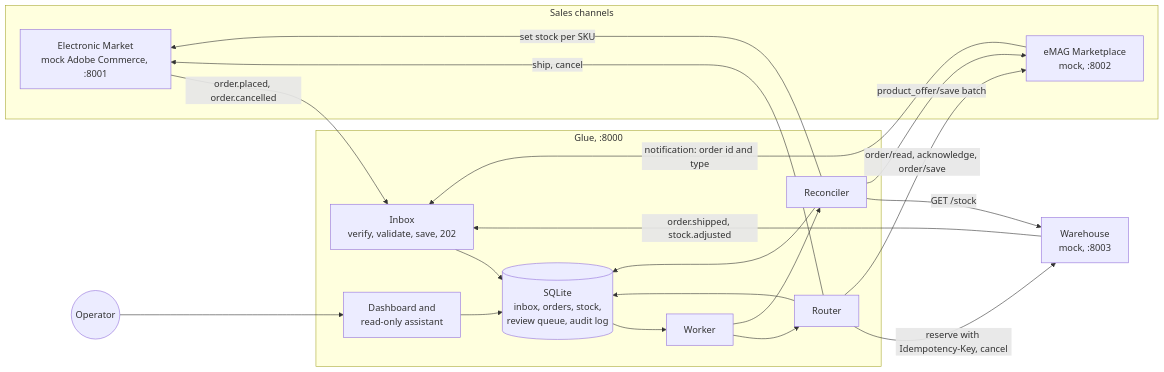
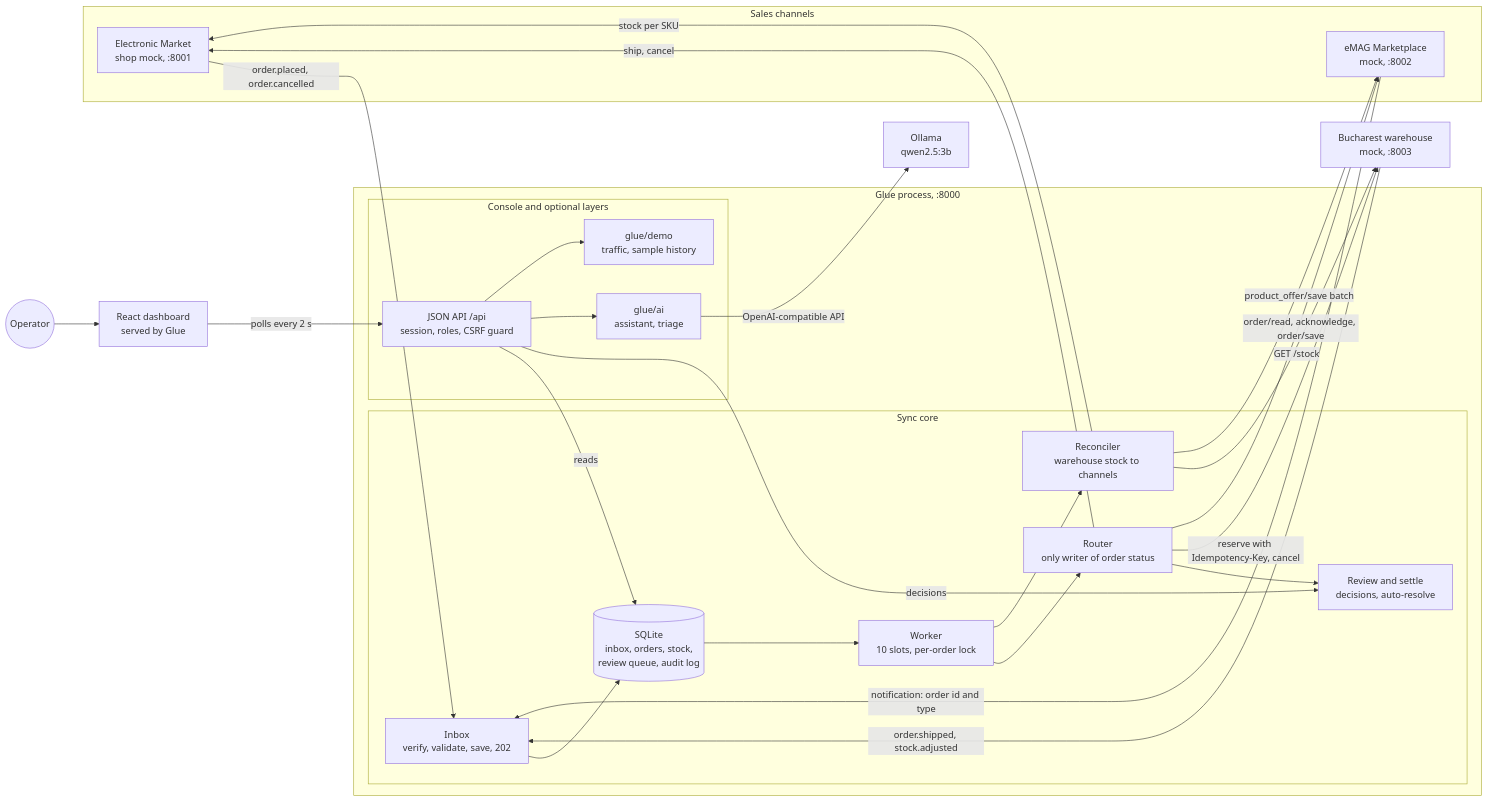
One commit to PantelimonGulie/adb-glue-service changed the first of 8 diagrams in docs/architecture.md. Above: the diagram before and after it, drawn with Mermaid. The commit also changed other lines of this file and 3 other files, not shown here.

Commit message:
Update docs for the React dashboard

````diff
--- a/docs/architecture.md
+++ b/docs/architecture.md
@@ -5,35 +5,48 @@
 ```mermaid
 flowchart LR
     subgraph channels[Sales channels]
-        shop["Electronic Market<br/>mock Adobe Commerce, :8001"]
+        shop["Electronic Market<br/>shop mock, :8001"]
         emag["eMAG Marketplace<br/>mock, :8002"]
     end
-    wh["Warehouse<br/>mock, :8003"]
-    subgraph glue["Glue, :8000"]
-        inbox["Inbox<br/>verify, validate, save, 202"]
-        db[("SQLite<br/>inbox, orders, stock,<br/>review queue, audit log")]
-        worker[Worker]
-        router[Router]
-        rec[Reconciler]
-        ui["Dashboard and<br/>read-only assistant"]
+    wh["Bucharest warehouse<br/>mock, :8003"]
+
+    subgraph glue["Glue process, :8000"]
+        subgraph core[Sync core]
+            inbox["Inbox<br/>verify, validate, save, 202"]
+            db[("SQLite<br/>inbox, orders, stock,<br/>review queue, audit log")]
+            worker["Worker<br/>10 slots, per-order lock"]
+            router["Router<br/>only writer of order status"]
+            rec["Reconciler<br/>warehouse stock to channels"]
+            review["Review and settle<br/>decisions, auto-resolve"]
+        end
+        subgraph console[Console and optional layers]
+            api["JSON API /api<br/>session, roles, CSRF guard"]
+            ai["glue/ai<br/>assistant, triage"]
+            demo["glue/demo<br/>traffic, sample history"]
+        end
     end
-    operator((Operator))
+
+    operator((Operator)) --> ui["React dashboard<br/>served by Glue"]
+    ollama["Ollama<br/>qwen2.5:3b"]
 
     shop -- "order.placed, order.cancelled" --> inbox
     emag -- "notification: order id and type" --> inbox
     wh -- "order.shipped, stock.adjusted" --> inbox
     inbox --> db
     db --> worker
     worker --> router
     worker --> rec
+    router --> review
     router -- "reserve with Idempotency-Key, cancel" --> wh
     router -- "order/read, acknowledge, order/save" --> emag
     router -- "ship, cancel" --> shop
     rec -- "GET /stock" --> wh
-    rec -- "set stock per SKU" --> shop
+    rec -- "stock per SKU" --> shop
     rec -- "product_offer/save batch" --> emag
-    router --> db
-    rec --> db
-    operator --> ui
-    ui --> db
+    ui -- "polls every 2 s" --> api
+    api -- "reads" --> db
+    api -- "decisions" --> review
+    api --> ai
+    ai -- "OpenAI-compatible API" --> ollama
+    api --> demo
 ```
````
